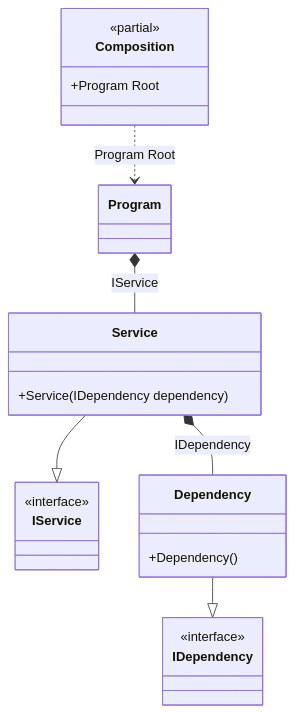
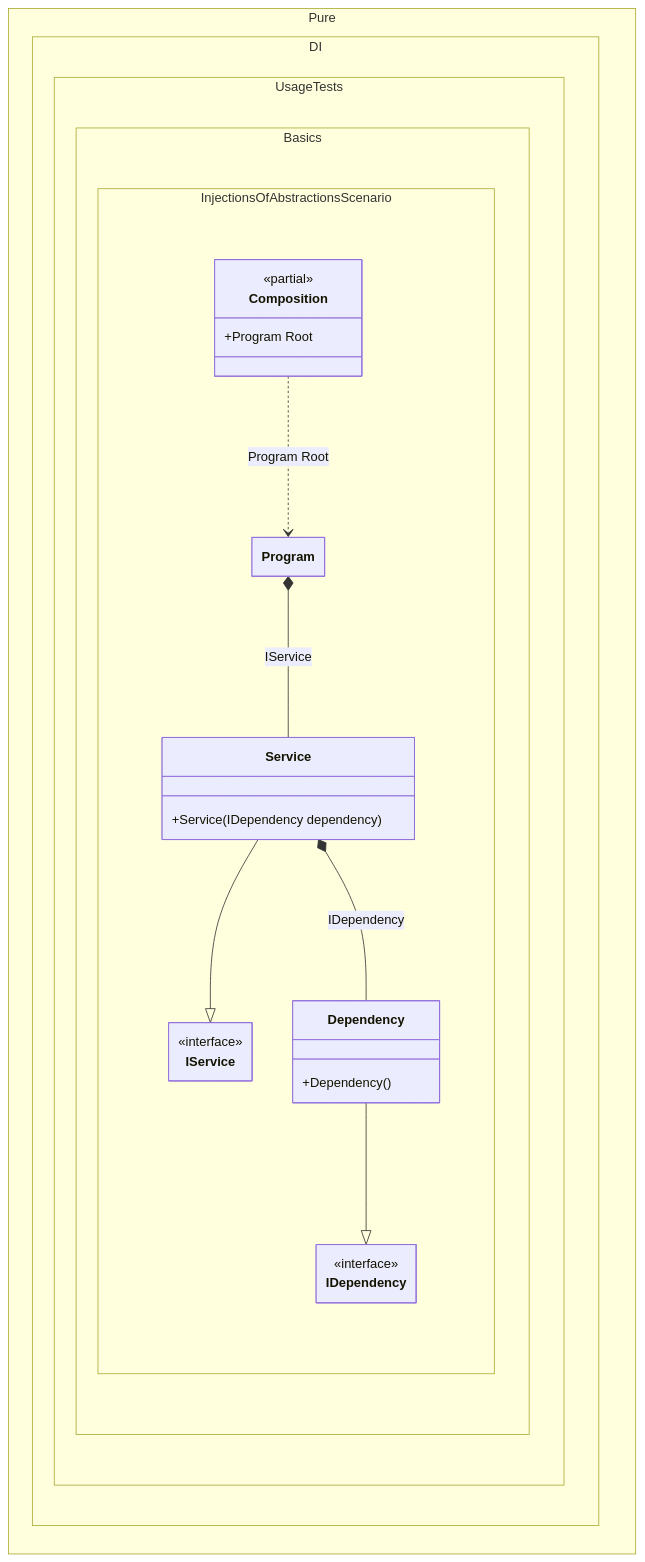
One commit to DevTeam/Pure.DI changed the diagram in readme/injections-of-abstractions.md. Above: the diagram before and after it, drawn with Mermaid. The commit also changed 103 other files, not shown here.

Commit message:
Improved class diagrams

````diff
--- a/readme/injections-of-abstractions.md
+++ b/readme/injections-of-abstractions.md
@@ -83,24 +83,33 @@
 ```mermaid
+---
+ config:
+  class:
+   hideEmptyMembersBox: true
+---
 classDiagram
-	class Composition {
-		<<partial>>
-		+Program Root
-	}
 	Service --|> IService
-	class Service {
-		+Service(IDependency dependency)
-	}
 	Dependency --|> IDependency
-	class Dependency {
-		+Dependency()
-	}
-	class IService {
-		<<interface>>
-	}
-	class IDependency {
-		<<interface>>
-	}
 	Composition ..> Program : Program Root
 	Program *--  Service : IService
 	Service *--  Dependency : IDependency
+	namespace Pure.DI.UsageTests.Basics.InjectionsOfAbstractionsScenario {
+		class Composition {
+		<<partial>>
+		+Program Root
+		}
+		class Dependency {
+			+Dependency()
+		}
+		class IDependency {
+			<<interface>>
+		}
+		class IService {
+			<<interface>>
+		}
+		class Program {
+		}
+		class Service {
+			+Service(IDependency dependency)
+		}
+	}
 ```
````
